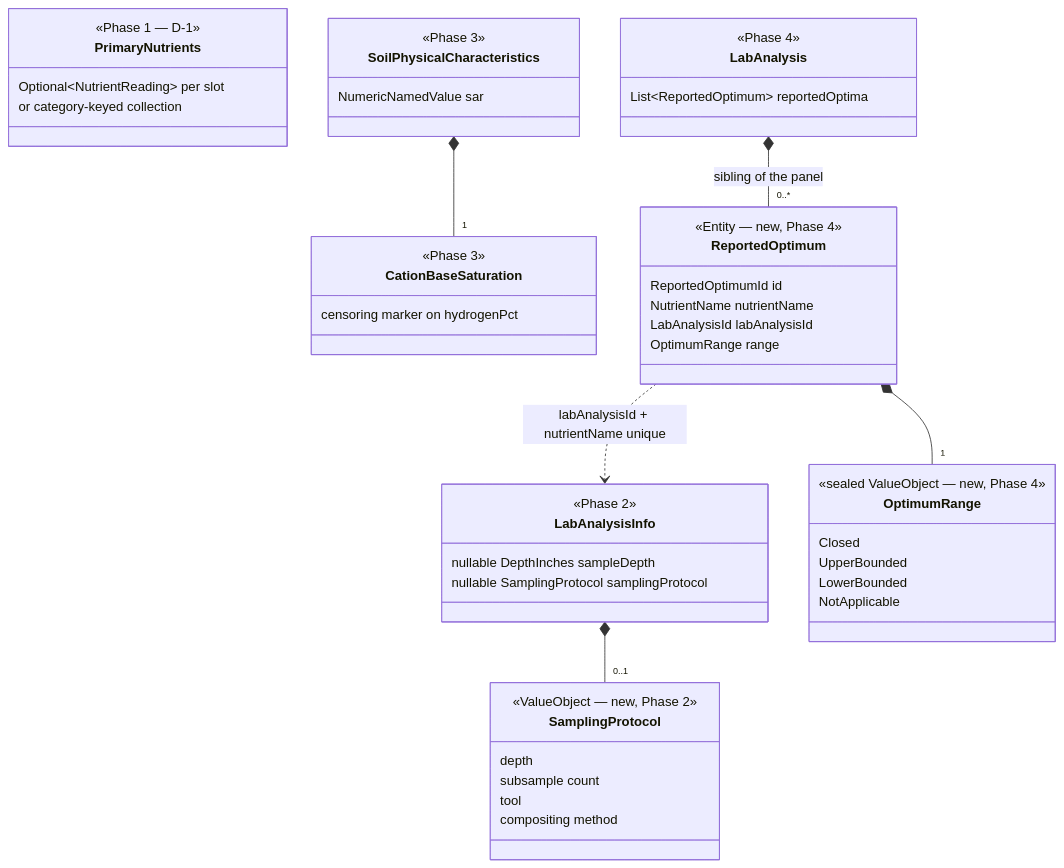
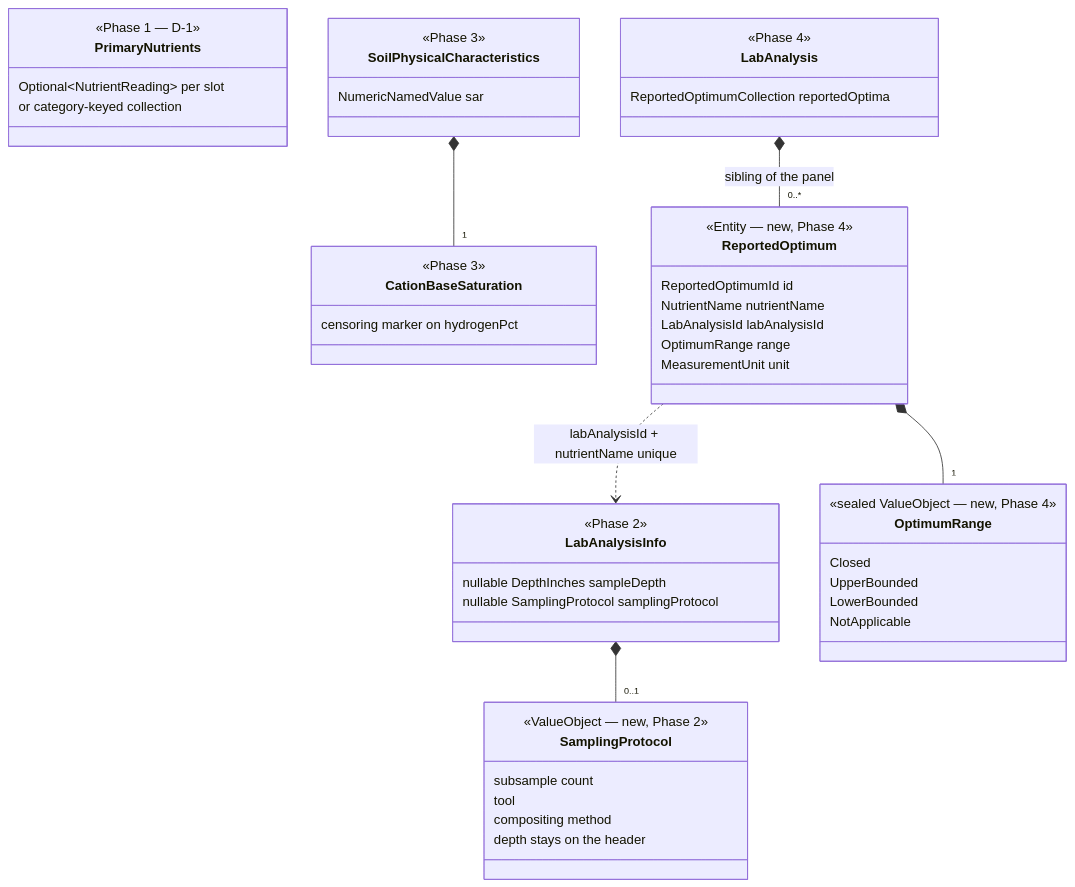
One commit to pway99/naturalist changed the second of 2 diagrams in docs/soil-status-implementation-plan.md. Above: the diagram before and after it, drawn with Mermaid. The commit also changed other lines of this file and 23 other files, not shown here.

````diff
--- a/docs/soil-status-implementation-plan.md
+++ b/docs/soil-status-implementation-plan.md
@@ -151,61 +190,62 @@
 ```mermaid
 classDiagram
     direction TB
 
     class PrimaryNutrients {
         <<Phase 1 — D-1>>
         Optional~NutrientReading~ per slot
         or category-keyed collection
     }
 
     class LabAnalysisInfo {
         <<Phase 2>>
         nullable DepthInches sampleDepth
         nullable SamplingProtocol samplingProtocol
     }
 
     class SamplingProtocol {
         <<ValueObject — new, Phase 2>>
-        depth
         subsample count
         tool
         compositing method
+        depth stays on the header
     }
 
     class SoilPhysicalCharacteristics {
         <<Phase 3>>
         NumericNamedValue sar
     }
 
     class CationBaseSaturation {
         <<Phase 3>>
         censoring marker on hydrogenPct
     }
 
     class LabAnalysis {
         <<Phase 4>>
-        List~ReportedOptimum~ reportedOptima
+        ReportedOptimumCollection reportedOptima
     }
 
     class ReportedOptimum {
         <<Entity — new, Phase 4>>
         ReportedOptimumId id
         NutrientName nutrientName
         LabAnalysisId labAnalysisId
         OptimumRange range
+        MeasurementUnit unit
     }
 
     class OptimumRange {
         <<sealed ValueObject — new, Phase 4>>
         Closed
         UpperBounded
         LowerBounded
         NotApplicable
     }
 
     LabAnalysisInfo *-- "0..1" SamplingProtocol
     SoilPhysicalCharacteristics *-- "1" CationBaseSaturation
     LabAnalysis *-- "0..*" ReportedOptimum : sibling of the panel
     ReportedOptimum *-- "1" OptimumRange
     ReportedOptimum ..> LabAnalysisInfo : labAnalysisId + nutrientName unique
 ```
````
